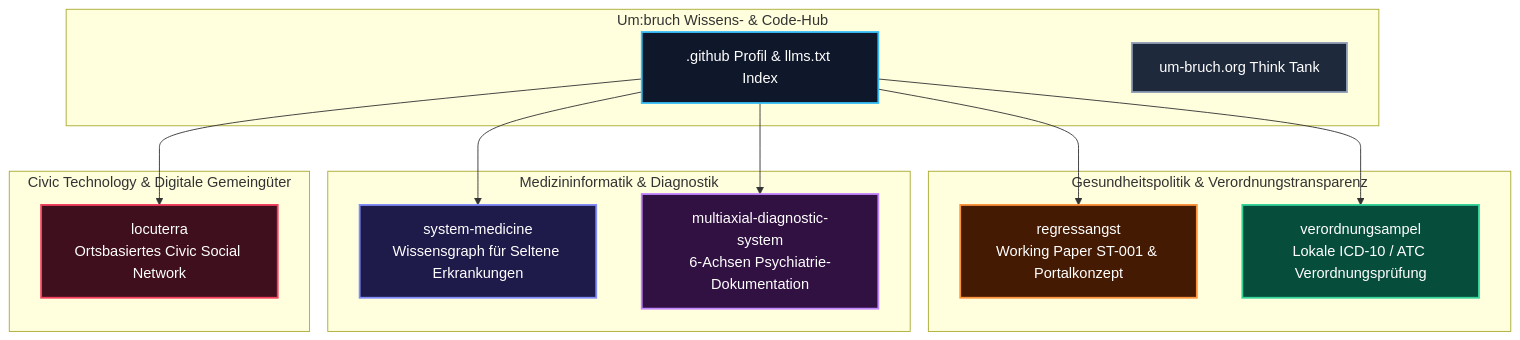
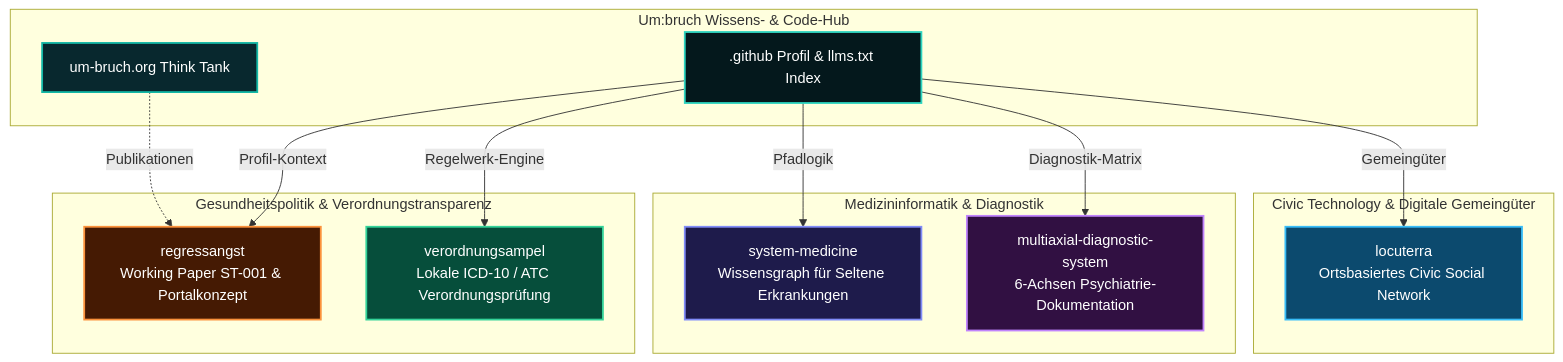
One commit to um-bruch/.github changed the diagram in profile/README_de.md. Above: the diagram before and after it, drawn with Mermaid. The commit also changed other lines of this file and 16 other files, not shown here.

````diff
--- a/profile/README_de.md
+++ b/profile/README_de.md
@@ -25,35 +61,36 @@
 ```mermaid
 graph TD
     subgraph Hub["Um:bruch Wissens- & Code-Hub"]
         GH[".github Profil & llms.txt Index"]
         ORG["um-bruch.org Think Tank"]
     end
 
     subgraph Gesundheitspolitik["Gesundheitspolitik & Verordnungstransparenz"]
         RA["regressangst<br/>Working Paper ST-001 & Portalkonzept"]
         VA["verordnungsampel<br/>Lokale ICD-10 / ATC Verordnungsprüfung"]
     end
 
     subgraph MedizinInformatik["Medizininformatik & Diagnostik"]
         SM["system-medicine<br/>Wissensgraph für Seltene Erkrankungen"]
         MDS["multiaxial-diagnostic-system<br/>6-Achsen Psychiatrie-Dokumentation"]
     end
 
     subgraph CivicTech["Civic Technology & Digitale Gemeingüter"]
         LT["locuterra<br/>Ortsbasiertes Civic Social Network"]
     end
 
-    GH --> RA
-    GH --> VA
-    GH --> SM
-    GH --> MDS
-    GH --> LT
+    GH -->|"Profil-Kontext"| RA
+    GH -->|"Regelwerk-Engine"| VA
+    GH -->|"Pfadlogik"| SM
+    GH -->|"Diagnostik-Matrix"| MDS
+    GH -->|"Gemeingüter"| LT
+    ORG -.->|"Publikationen"| RA
 
-    style GH fill:#0f172a,stroke:#38bdf8,stroke-width:2px,color:#fff
-    style ORG fill:#1e293b,stroke:#94a3b8,stroke-width:2px,color:#fff
+    style GH fill:#04181c,stroke:#2dd4bf,stroke-width:2px,color:#fff
+    style ORG fill:#08282e,stroke:#14b8a6,stroke-width:2px,color:#fff
     style RA fill:#451a03,stroke:#fb923c,stroke-width:2px,color:#fff
     style VA fill:#064e3b,stroke:#34d399,stroke-width:2px,color:#fff
     style SM fill:#1e1b4b,stroke:#818cf8,stroke-width:2px,color:#fff
     style MDS fill:#311042,stroke:#c084fc,stroke-width:2px,color:#fff
-    style LT fill:#3f0f1d,stroke:#f43f5e,stroke-width:2px,color:#fff
+    style LT fill:#0c4a6e,stroke:#38bdf8,stroke-width:2px,color:#fff
 ```
````
